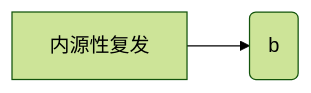
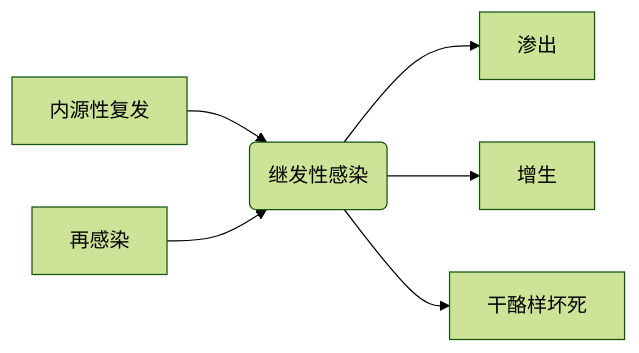
Before and after one commit to viket-vista/Notes: the third of 3 diagrams in 大三下/内科学.md, drawn with Mermaid (forest theme). The commit also changed other lines of this file, not shown here.

````diff
--- a/大三下/内科学.md
+++ b/大三下/内科学.md
@@ -33,4 +33,8 @@
 ```mermaid
 graph LR
-内源性复发 --> b(b)
+内源性复发 --> b(继发性感染)
+再感染 --> b
+b --> 渗出
+b --> 增生
+b --> 干酪样坏死
 ```
````
